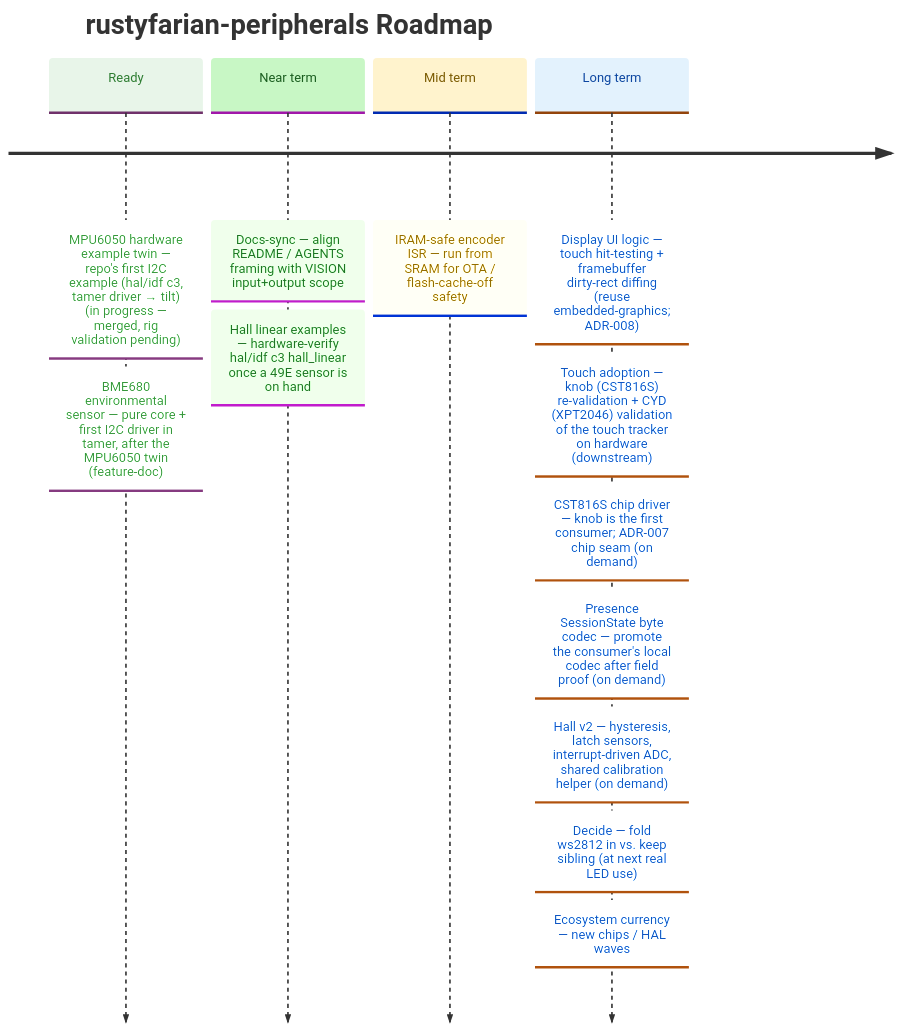
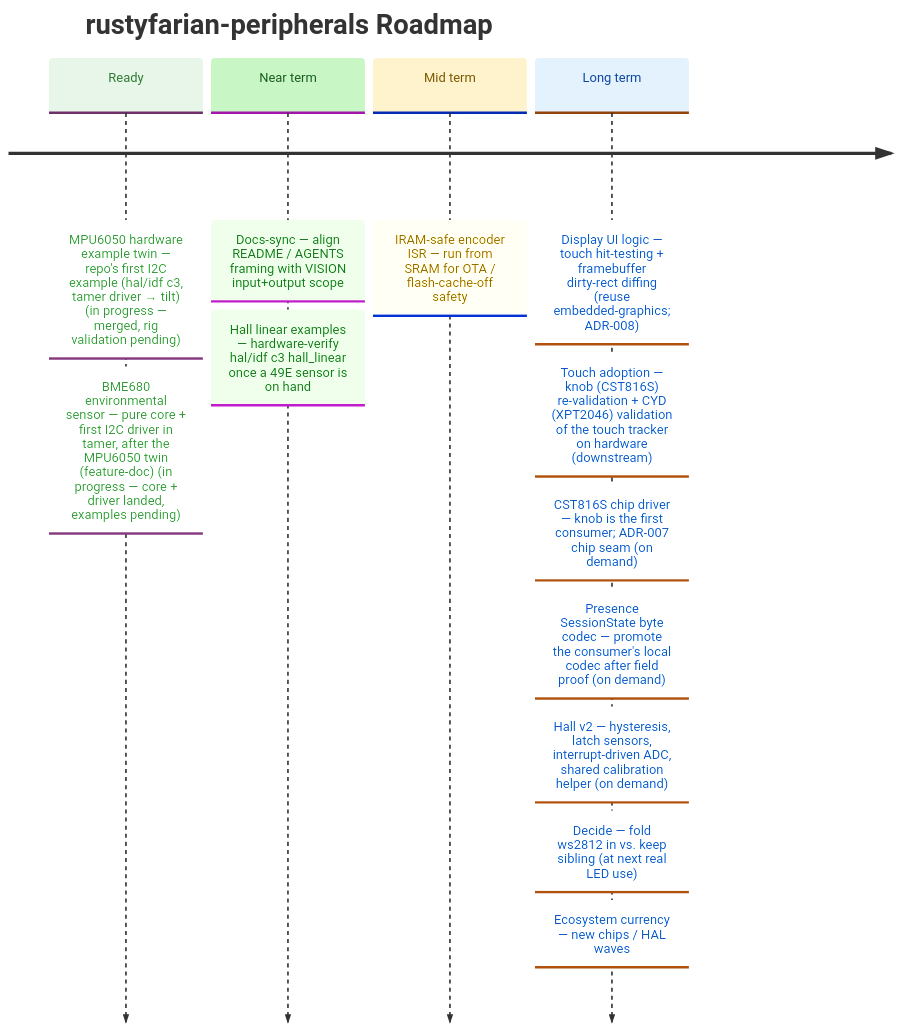
The diagram in docs/ROADMAP.md (datenkollektiv/rustyfarian-peripherals), drawn with Mermaid before and after one commit. The commit also changed 7 other files, not shown here.

Commit message:
Add tamer::bme680 core and I2C driver

````diff
--- a/docs/ROADMAP.md
+++ b/docs/ROADMAP.md
@@ -10,34 +10,34 @@
 ```mermaid
 %%{init: {
   "theme": "base",
   "themeVariables": {
     "cScale0": "#e8f5e9",
     "cScaleLabel0": "#2e7d32",
     "cScale1": "#c8f7c5",
     "cScaleLabel1": "#1b5e20",
     "cScale2": "#fff3cd",
     "cScaleLabel2": "#7a5a00",
     "cScale3": "#e3f2fd",
     "cScaleLabel3": "#0d47a1"
   }
 }}%%
 
 timeline
     title rustyfarian-peripherals Roadmap
 
     Ready     : MPU6050 hardware example twin — repo's first I2C example (hal/idf c3, tamer driver → tilt) (in progress — merged, rig validation pending)
-              : BME680 environmental sensor — pure core + first I2C driver in tamer, after the MPU6050 twin (feature-doc)
+              : BME680 environmental sensor — pure core + first I2C driver in tamer, after the MPU6050 twin (feature-doc) (in progress — core + driver landed, examples pending)
 
     Near term : Docs-sync — align README / AGENTS framing with VISION input+output scope
               : Hall linear examples — hardware-verify hal/idf c3 hall_linear once a 49E sensor is on hand
 
     Mid term  : IRAM-safe encoder ISR — run from SRAM for OTA / flash-cache-off safety
 
     Long term : Display UI logic — touch hit-testing + framebuffer dirty-rect diffing (reuse embedded-graphics; ADR-008)
               : Touch adoption — knob (CST816S) re-validation + CYD (XPT2046) validation of the touch tracker on hardware (downstream)
               : CST816S chip driver — knob is the first consumer; ADR-007 chip seam (on demand)
               : Presence SessionState byte codec — promote the consumer's local codec after field proof (on demand)
               : Hall v2 — hysteresis, latch sensors, interrupt-driven ADC, shared calibration helper (on demand)
               : Decide — fold ws2812 in vs. keep sibling (at next real LED use)
               : Ecosystem currency — new chips / HAL waves
 ```
````
